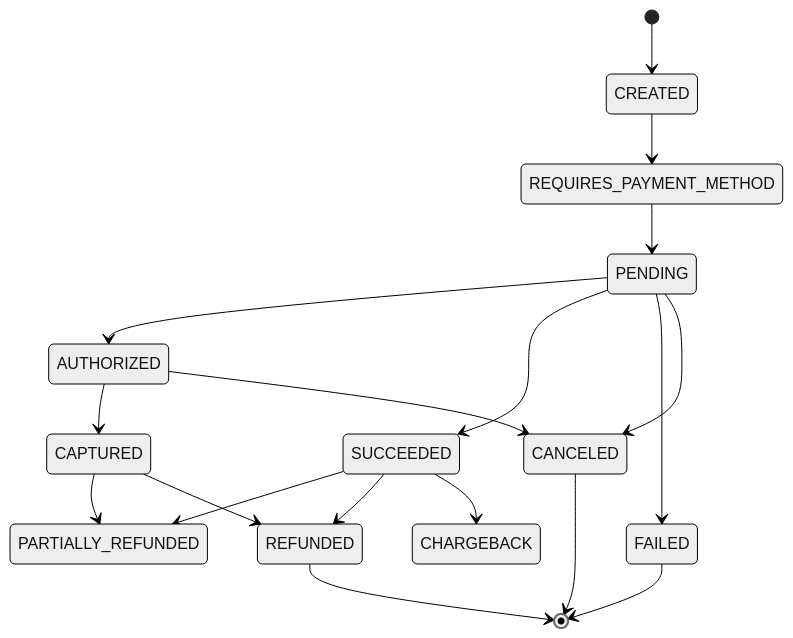
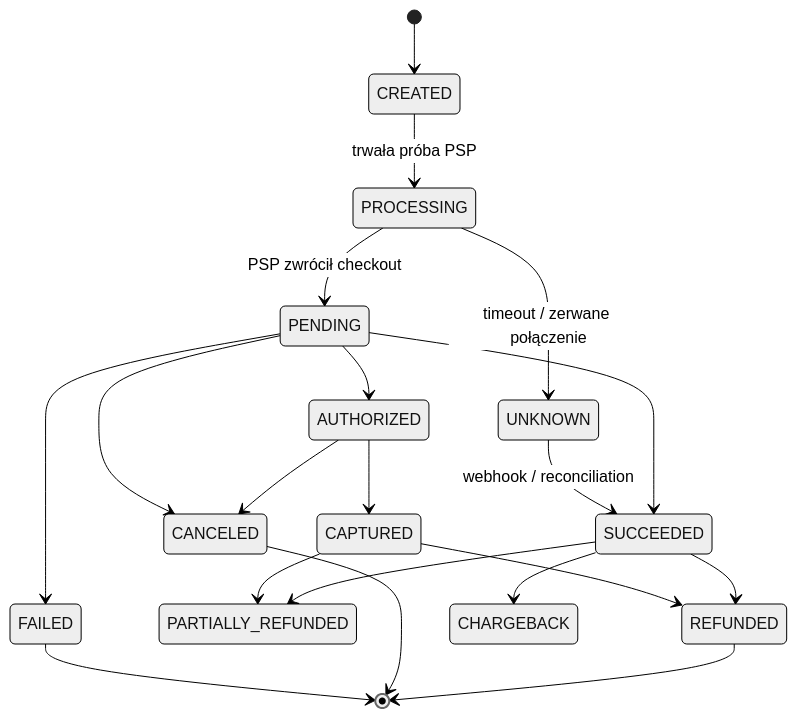
Before and after one commit to KubaTworek/Software-Engineer-Roadmap: the second of 6 diagrams in system-design/payment-system/README.md, drawn with Mermaid (neutral theme). The commit also changed other lines of this file and 122 other files, not shown here.

````diff
--- a/system-design/payment-system/README.md
+++ b/system-design/payment-system/README.md
@@ -457,20 +789,22 @@
 ```mermaid
 stateDiagram-v2
     [*] --> CREATED
-    CREATED --> REQUIRES_PAYMENT_METHOD
-    REQUIRES_PAYMENT_METHOD --> PENDING
+    CREATED --> PROCESSING: trwała próba PSP
+    PROCESSING --> PENDING: PSP zwrócił checkout
+    PROCESSING --> UNKNOWN: timeout / zerwane połączenie
+    UNKNOWN --> SUCCEEDED: webhook / reconciliation
     PENDING --> AUTHORIZED
     PENDING --> SUCCEEDED
     PENDING --> FAILED
     PENDING --> CANCELED
     AUTHORIZED --> CAPTURED
     AUTHORIZED --> CANCELED
     CAPTURED --> PARTIALLY_REFUNDED
     CAPTURED --> REFUNDED
     SUCCEEDED --> PARTIALLY_REFUNDED
     SUCCEEDED --> REFUNDED
     SUCCEEDED --> CHARGEBACK
     FAILED --> [*]
     CANCELED --> [*]
     REFUNDED --> [*]
 ```
````
